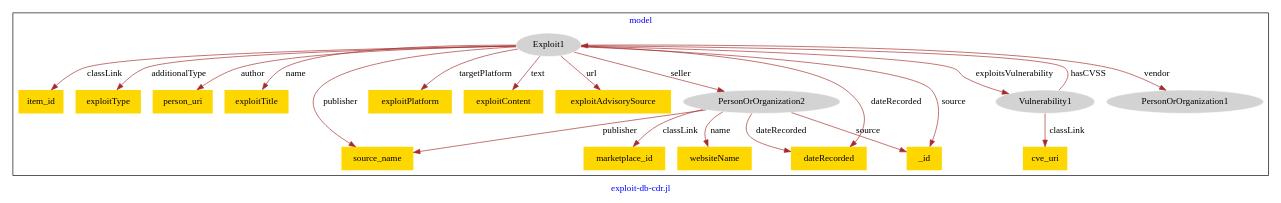
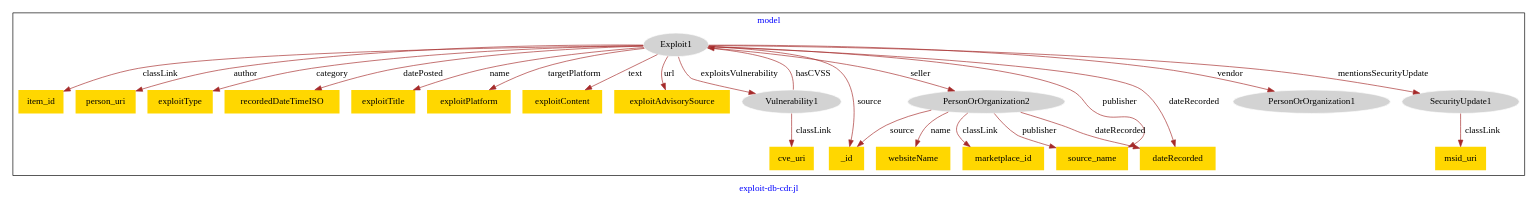
The diagram in models/asu-exploit-db/exploit-db-model.dot (usc-isi-i2/effect-alignment), drawn with Graphviz before and after one commit.

Commit message:
Update file exploit-db-model.dot

```diff
--- a/models/asu-exploit-db/exploit-db-model.dot
+++ b/models/asu-exploit-db/exploit-db-model.dot
@@ -1,45 +1,51 @@
 digraph n0 {
 fontcolor="blue"
 remincross="true"
 label="exploit-db-cdr.jl"
 subgraph cluster {
 label="model"
 n2[style="filled",color="white",fillcolor="lightgray",label="Exploit1"];
 n3[shape="plaintext",style="filled",fillcolor="gold",label="item_id"];
-n4[shape="plaintext",style="filled",fillcolor="gold",label="exploitType"];
+n4[style="filled",color="white",fillcolor="lightgray",label="Vulnerability1"];
 n5[shape="plaintext",style="filled",fillcolor="gold",label="person_uri"];
-n6[shape="plaintext",style="filled",fillcolor="gold",label="exploitTitle"];
-n7[shape="plaintext",style="filled",fillcolor="gold",label="source_name"];
-n8[shape="plaintext",style="filled",fillcolor="gold",label="exploitPlatform"];
-n9[shape="plaintext",style="filled",fillcolor="gold",label="exploitContent"];
-n10[shape="plaintext",style="filled",fillcolor="gold",label="exploitAdvisorySource"];
-n11[style="filled",color="white",fillcolor="lightgray",label="PersonOrOrganization2"];
-n12[shape="plaintext",style="filled",fillcolor="gold",label="marketplace_id"];
-n13[shape="plaintext",style="filled",fillcolor="gold",label="websiteName"];
-n14[style="filled",color="white",fillcolor="lightgray",label="Vulnerability1"];
-n15[shape="plaintext",style="filled",fillcolor="gold",label="cve_uri"];
-n16[shape="plaintext",style="filled",fillcolor="gold",label="_id"];
-n17[shape="plaintext",style="filled",fillcolor="gold",label="dateRecorded"];
-n18[style="filled",color="white",fillcolor="lightgray",label="PersonOrOrganization1"];
+n6[shape="plaintext",style="filled",fillcolor="gold",label="exploitType"];
+n7[shape="plaintext",style="filled",fillcolor="gold",label="recordedDateTimeISO"];
+n8[shape="plaintext",style="filled",fillcolor="gold",label="exploitTitle"];
+n9[shape="plaintext",style="filled",fillcolor="gold",label="exploitPlatform"];
+n10[shape="plaintext",style="filled",fillcolor="gold",label="exploitContent"];
+n11[shape="plaintext",style="filled",fillcolor="gold",label="exploitAdvisorySource"];
+n12[style="filled",color="white",fillcolor="lightgray",label="PersonOrOrganization2"];
+n13[shape="plaintext",style="filled",fillcolor="gold",label="marketplace_id"];
+n14[shape="plaintext",style="filled",fillcolor="gold",label="websiteName"];
+n15[shape="plaintext",style="filled",fillcolor="gold",label="source_name"];
+n16[style="filled",color="white",fillcolor="lightgray",label="SecurityUpdate1"];
+n17[shape="plaintext",style="filled",fillcolor="gold",label="msid_uri"];
+n18[shape="plaintext",style="filled",fillcolor="gold",label="cve_uri"];
+n19[shape="plaintext",style="filled",fillcolor="gold",label="dateRecorded"];
+n20[style="filled",color="white",fillcolor="lightgray",label="PersonOrOrganization1"];
+n21[shape="plaintext",style="filled",fillcolor="gold",label="_id"];
 }
 n2 -> n3[color="brown",fontcolor="black",label="classLink"]
-n2 -> n4[color="brown",fontcolor="black",label="additionalType"]
+n2 -> n4[color="brown",fontcolor="black",label="exploitsVulnerability"]
 n2 -> n5[color="brown",fontcolor="black",label="author"]
-n2 -> n6[color="brown",fontcolor="black",label="name"]
-n2 -> n7[color="brown",fontcolor="black",label="publisher"]
-n2 -> n8[color="brown",fontcolor="black",label="targetPlatform"]
-n2 -> n9[color="brown",fontcolor="black",label="text"]
-n2 -> n10[color="brown",fontcolor="black",label="url"]
-n11 -> n12[color="brown",fontcolor="black",label="classLink"]
-n11 -> n13[color="brown",fontcolor="black",label="name"]
-n11 -> n7[color="brown",fontcolor="black",label="publisher"]
-n14 -> n15[color="brown",fontcolor="black",label="classLink"]
-n11 -> n16[color="brown",fontcolor="black",label="source"]
-n11 -> n17[color="brown",fontcolor="black",label="dateRecorded"]
-n2 -> n16[color="brown",fontcolor="black",label="source"]
-n2 -> n11[color="brown",fontcolor="black",label="seller"]
-n14 -> n2[color="brown",fontcolor="black",label="hasCVSS"]
-n2 -> n17[color="brown",fontcolor="black",label="dateRecorded"]
-n2 -> n18[color="brown",fontcolor="black",label="vendor"]
-n2 -> n14[color="brown",fontcolor="black",label="exploitsVulnerability"]
+n2 -> n6[color="brown",fontcolor="black",label="category"]
+n2 -> n7[color="brown",fontcolor="black",label="datePosted"]
+n2 -> n8[color="brown",fontcolor="black",label="name"]
+n2 -> n9[color="brown",fontcolor="black",label="targetPlatform"]
+n2 -> n10[color="brown",fontcolor="black",label="text"]
+n2 -> n11[color="brown",fontcolor="black",label="url"]
+n12 -> n13[color="brown",fontcolor="black",label="classLink"]
+n12 -> n14[color="brown",fontcolor="black",label="name"]
+n12 -> n15[color="brown",fontcolor="black",label="publisher"]
+n16 -> n17[color="brown",fontcolor="black",label="classLink"]
+n4 -> n18[color="brown",fontcolor="black",label="classLink"]
+n2 -> n16[color="brown",fontcolor="black",label="mentionsSecurityUpdate"]
+n12 -> n19[color="brown",fontcolor="black",label="dateRecorded"]
+n2 -> n12[color="brown",fontcolor="black",label="seller"]
+n4 -> n2[color="brown",fontcolor="black",label="hasCVSS"]
+n2 -> n15[color="brown",fontcolor="black",label="publisher"]
+n2 -> n20[color="brown",fontcolor="black",label="vendor"]
+n2 -> n19[color="brown",fontcolor="black",label="dateRecorded"]
+n12 -> n21[color="brown",fontcolor="black",label="source"]
+n2 -> n21[color="brown",fontcolor="black",label="source"]
 }
```
